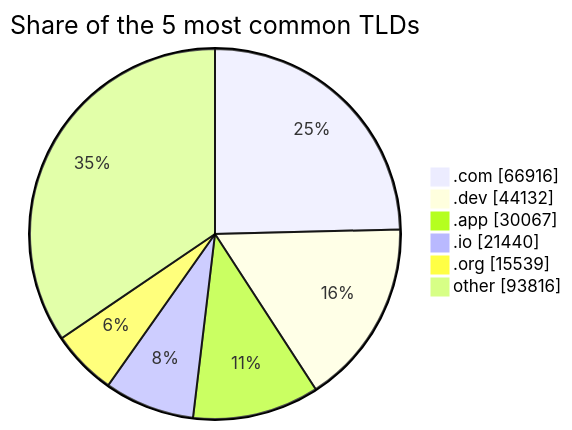
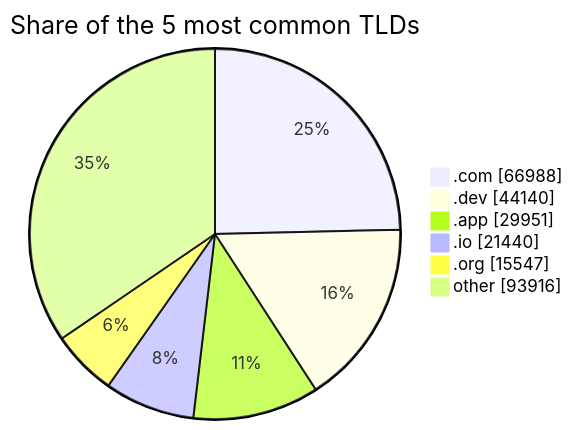
Before and after one commit to DNSBunker/CTI: the second of 2 diagrams in README.md, drawn with Mermaid. The commit also changed other lines of this file and 3 other files, not shown here.

````diff
--- a/README.md
+++ b/README.md
@@ -72,9 +72,9 @@
 ```mermaid
 pie showData title Share of the 5 most common TLDs
-    ".com" : 66916
-    ".dev" : 44132
-    ".app" : 30067
+    ".com" : 66988
+    ".dev" : 44140
+    ".app" : 29951
     ".io" : 21440
-    ".org" : 15539
-    "other" : 93816
+    ".org" : 15547
+    "other" : 93916
 ```
````
